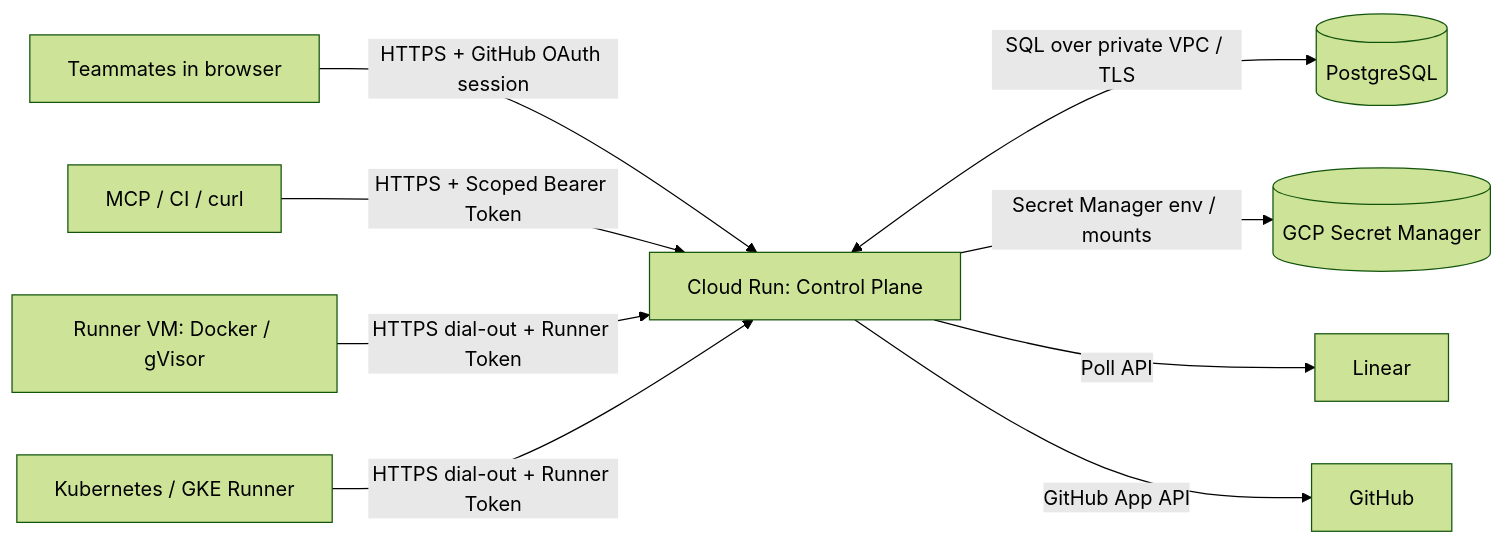
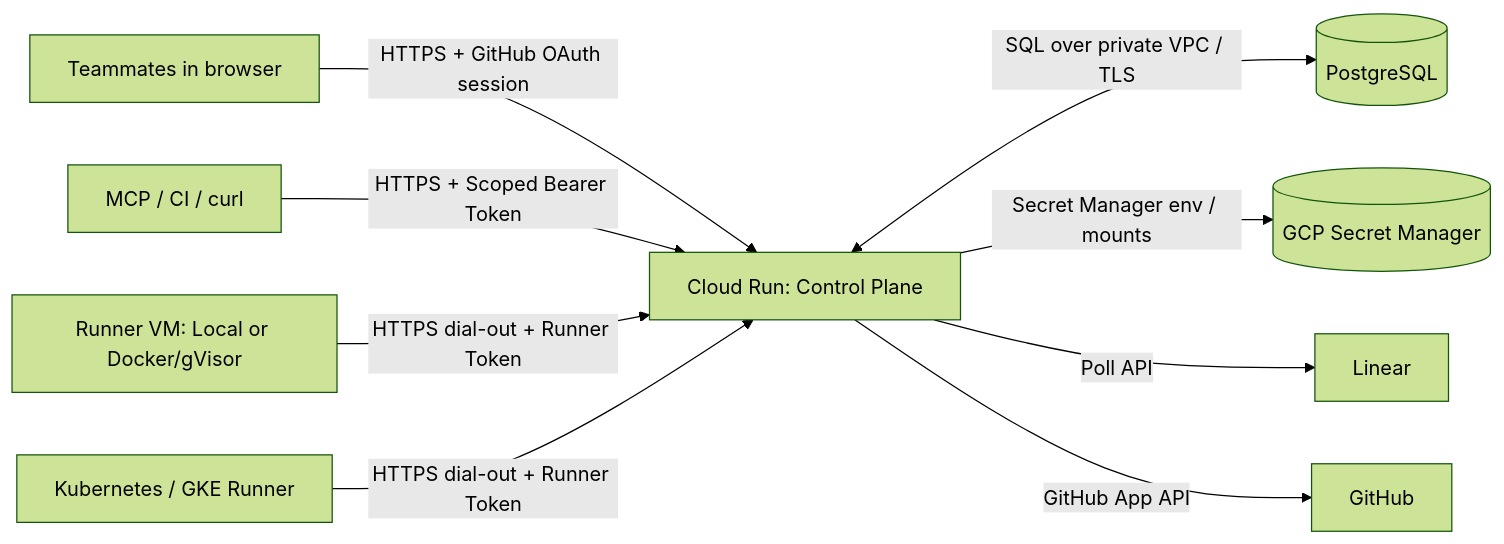
The diagram in docs/designs/production-cloud-run.md (owainlewis/machinist), drawn with Mermaid (forest theme) before and after one commit. The commit also changed other lines of this file and 2 other files, not shown here.

````diff
--- a/docs/designs/production-cloud-run.md
+++ b/docs/designs/production-cloud-run.md
@@ -52,11 +53,11 @@
 ```mermaid
 flowchart LR
     Team[Teammates in browser] -->|HTTPS + GitHub OAuth session| CR[Cloud Run: Control Plane]
     Bots[MCP / CI / curl] -->|HTTPS + Scoped Bearer Token| CR
     CR <-->|SQL over private VPC / TLS| PG[(PostgreSQL)]
     CR -->|Secret Manager env / mounts| SM[(GCP Secret Manager)]
-    VM[Runner VM: Docker / gVisor] -->|HTTPS dial-out + Runner Token| CR
+    VM[Runner VM: Local or Docker/gVisor] -->|HTTPS dial-out + Runner Token| CR
     K8s[Kubernetes / GKE Runner] -->|HTTPS dial-out + Runner Token| CR
     CR -->|Poll API| Linear[Linear]
     CR -->|GitHub App API| GH[GitHub]
 ```
````
